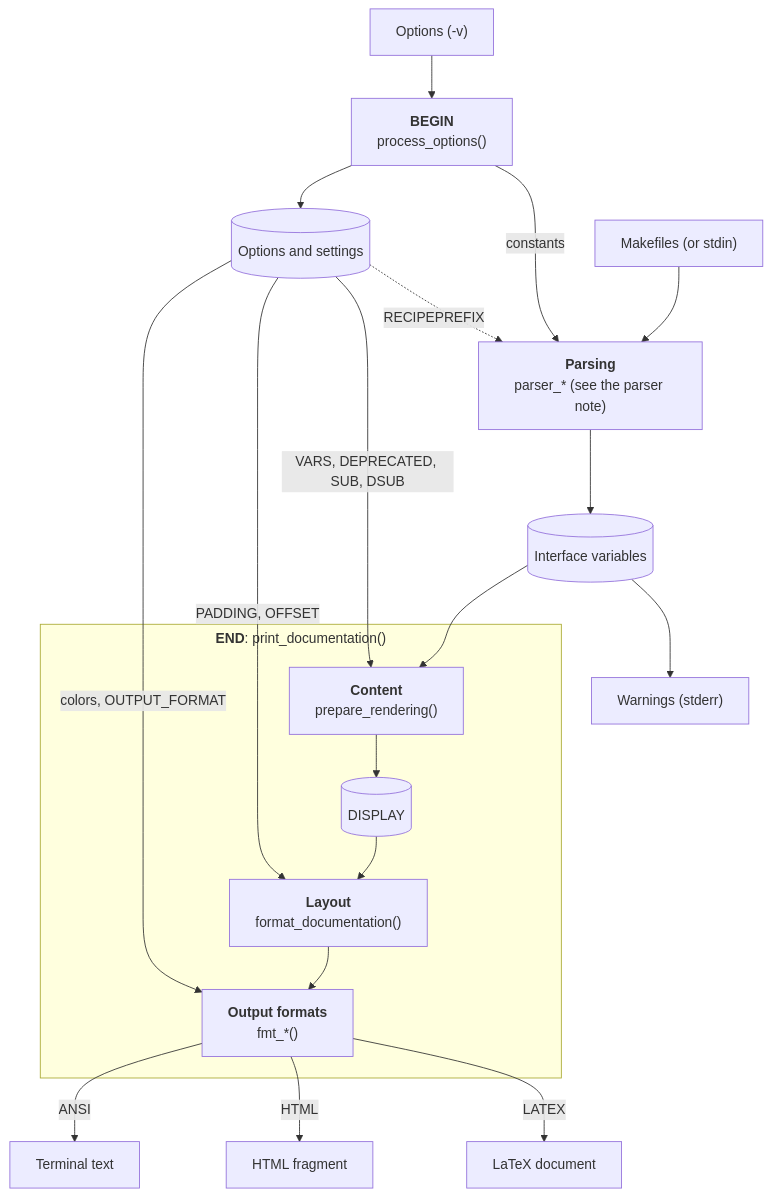
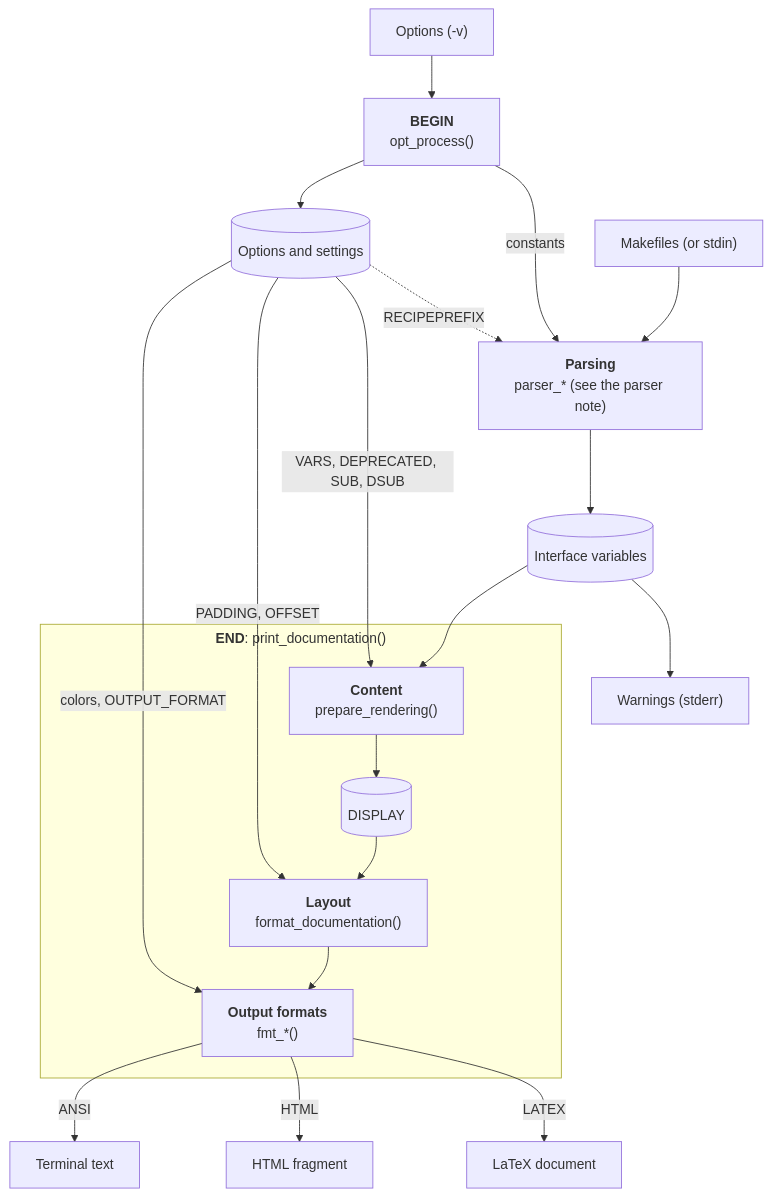
Before and after one commit to drdv/makefile-doc: the diagram in test/README.md, drawn with Mermaid. The commit also changed other lines of this file and 4 other files, not shown here.

````diff
--- a/test/README.md
+++ b/test/README.md
@@ -300,34 +300,34 @@
 ```mermaid
 ---
 config:
   layout: dagre
   flowchart:
     curve: basis
     subGraphTitleMargin:
       top: 5
       bottom: 20
 ---
 flowchart TD
-    options["Options (-v)"] --> begin["<b>BEGIN</b><br/>process_options()"]
+    options["Options (-v)"] --> begin["<b>BEGIN</b><br/>opt_process()"]
     makefiles["Makefiles (or stdin)"] --> parsing["<b>Parsing</b><br/>parser_* (see the parser note)"]
     begin -- "constants" --> parsing
     begin --> settings[("Options and settings")]
 
     settings -. "RECIPEPREFIX" .-> parsing
     parsing --> interface[("Interface variables")]
 
     subgraph end_ ["<b>END</b>: print_documentation()"]
         content["<b>Content</b><br/>prepare_rendering()"] --> display[("DISPLAY")]
         display --> layout["<b>Layout</b><br/>format_documentation()"]
         layout --> formats["<b>Output formats</b><br/>fmt_*()"]
     end
 
     interface --> content
     settings -- "VARS, DEPRECATED, SUB, DSUB" --> content
     settings -- "PADDING, OFFSET" --> layout
     settings -- "colors, OUTPUT_FORMAT" --> formats
     formats -- "ANSI" --> ansi["Terminal text"]
     formats -- "HTML" --> html["HTML fragment"]
     formats -- "LATEX" --> latex["LaTeX document"]
     interface --> stderr["Warnings (stderr)"]
 ```
````
